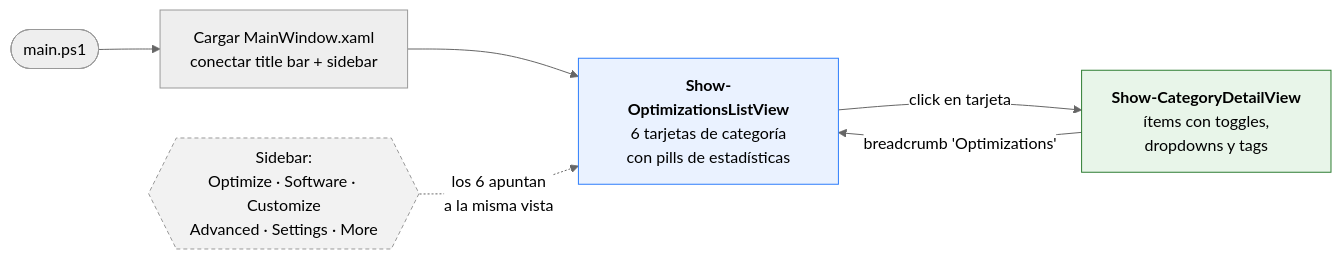
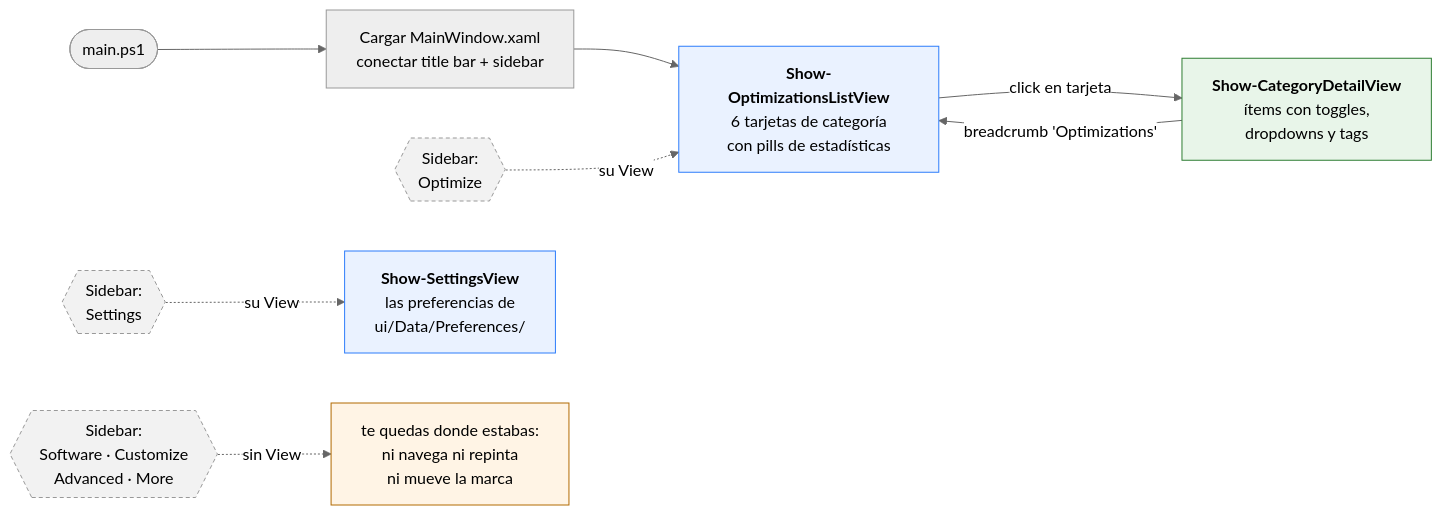
Before and after one commit to johansparra/OptimizadorPC: the third of 4 diagrams in README.md, drawn with Mermaid (neutral theme). The commit also changed other lines of this file and 22 other files, not shown here.

````diff
--- a/README.md
+++ b/README.md
@@ -452,13 +495,19 @@
 ```mermaid
 flowchart LR
     START([main.ps1]) --> SHELL[Cargar MainWindow.xaml<br/>conectar title bar + sidebar]
     SHELL --> LISTV["<b>Show-OptimizationsListView</b><br/>6 tarjetas de categoría<br/>con pills de estadísticas"]
     LISTV -->|click en tarjeta| DETV["<b>Show-CategoryDetailView</b><br/>ítems con toggles,<br/>dropdowns y tags"]
     DETV -->|breadcrumb 'Optimizations'| LISTV
 
-    SIDEBAR{{"Sidebar:<br/>Optimize · Software · Customize<br/>Advanced · Settings · More"}} -.->|los 6 apuntan<br/>a la misma vista| LISTV
+    SIDEBAR{{"Sidebar:<br/>Optimize"}} -.->|su View| LISTV
+    NAVSET{{"Sidebar:<br/>Settings"}} -.->|su View| SETV["<b>Show-SettingsView</b><br/>las preferencias de<br/>ui/Data/Preferences/"]
+    MUDOS{{"Sidebar:<br/>Software · Customize<br/>Advanced · More"}} -.->|sin View| NADA["te quedas donde estabas:<br/>ni navega ni repinta<br/>ni mueve la marca"]
 
     style LISTV fill:#EAF2FF,stroke:#2D7DFB
     style DETV fill:#E8F5E9,stroke:#2E7D32
+    style SETV fill:#EAF2FF,stroke:#2D7DFB
+    style NADA fill:#FFF4E5,stroke:#B26A00
     style SIDEBAR fill:#F2F2F2,stroke:#999,stroke-dasharray: 4 3
+    style NAVSET fill:#F2F2F2,stroke:#999,stroke-dasharray: 4 3
+    style MUDOS fill:#F2F2F2,stroke:#999,stroke-dasharray: 4 3
 ```
````
